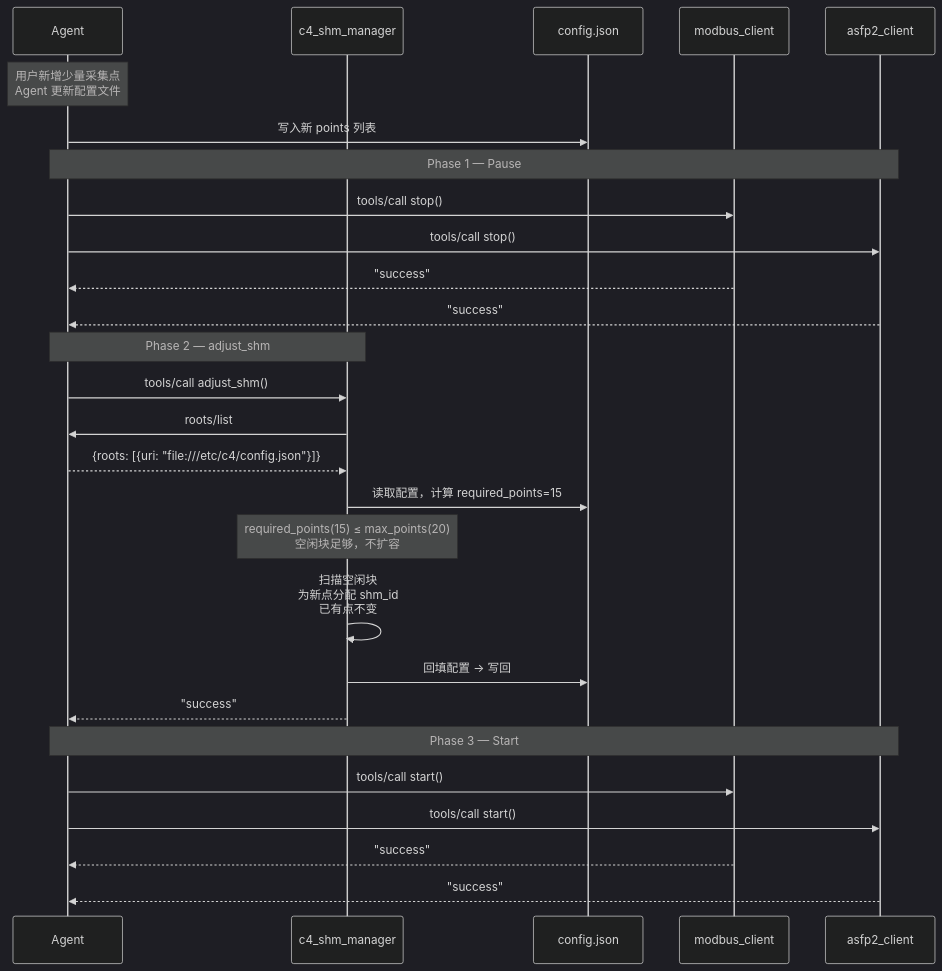
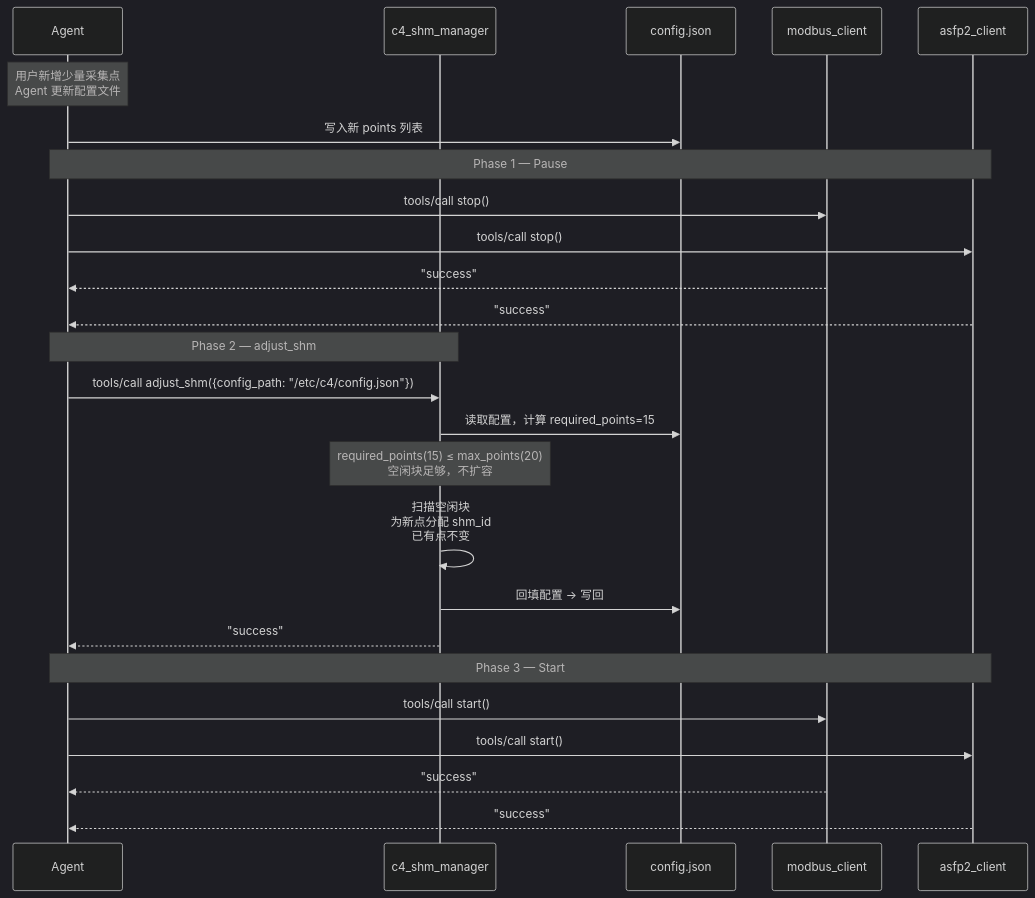
Before and after one commit to activesys/c4: the seventh of 9 diagrams in docs/design/c4_shm_manager.md, drawn with Mermaid (dark theme). The commit also changed other lines of this file and 14 other files, not shown here.

````diff
--- a/docs/design/c4_shm_manager.md
+++ b/docs/design/c4_shm_manager.md
@@ -865,33 +865,31 @@
 ```mermaid
 sequenceDiagram
     participant A as Agent
     participant S as c4_shm_manager
     participant CFG as config.json
     participant M1 as modbus_client
     participant M2 as asfp2_client
 
     Note over A: 用户新增少量采集点<br/>Agent 更新配置文件
     A->>CFG: 写入新 points 列表
 
     Note over A,M2: Phase 1 — Pause
     A->>M1: tools/call stop()
     A->>M2: tools/call stop()
     M1-->>A: "success"
     M2-->>A: "success"
 
     Note over A,S: Phase 2 — adjust_shm
-    A->>S: tools/call adjust_shm()
-    S->>A: roots/list
-    A-->>S: {roots: [{uri: "file:///etc/c4/config.json"}]}
+    A->>S: tools/call adjust_shm({config_path: "/etc/c4/config.json"})
     S->>CFG: 读取配置，计算 required_points=15
     Note over S: required_points(15) ≤ max_points(20)<br/>空闲块足够，不扩容
     S->>S: 扫描空闲块<br/>为新点分配 shm_id<br/>已有点不变
     S->>CFG: 回填配置 → 写回
     S-->>A: "success"
 
     Note over A,M2: Phase 3 — Start
     A->>M1: tools/call start()
     A->>M2: tools/call start()
     M1-->>A: "success"
     M2-->>A: "success"
 ```
````
